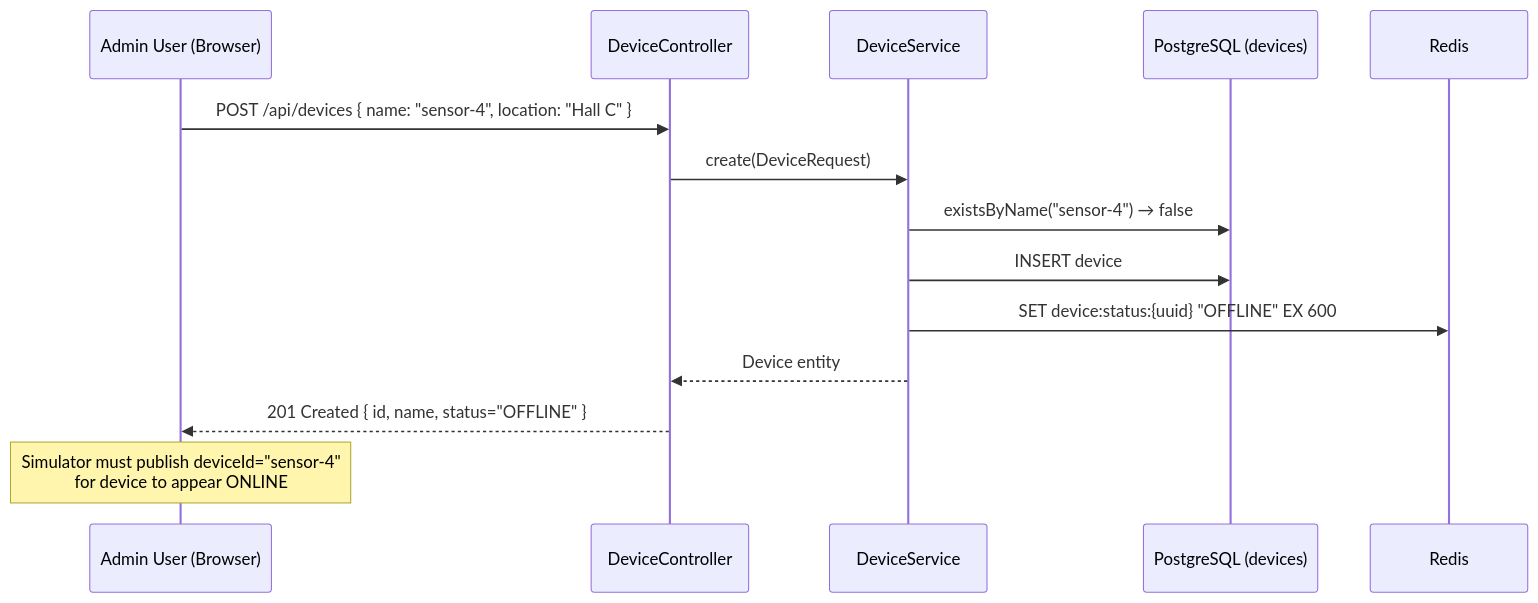
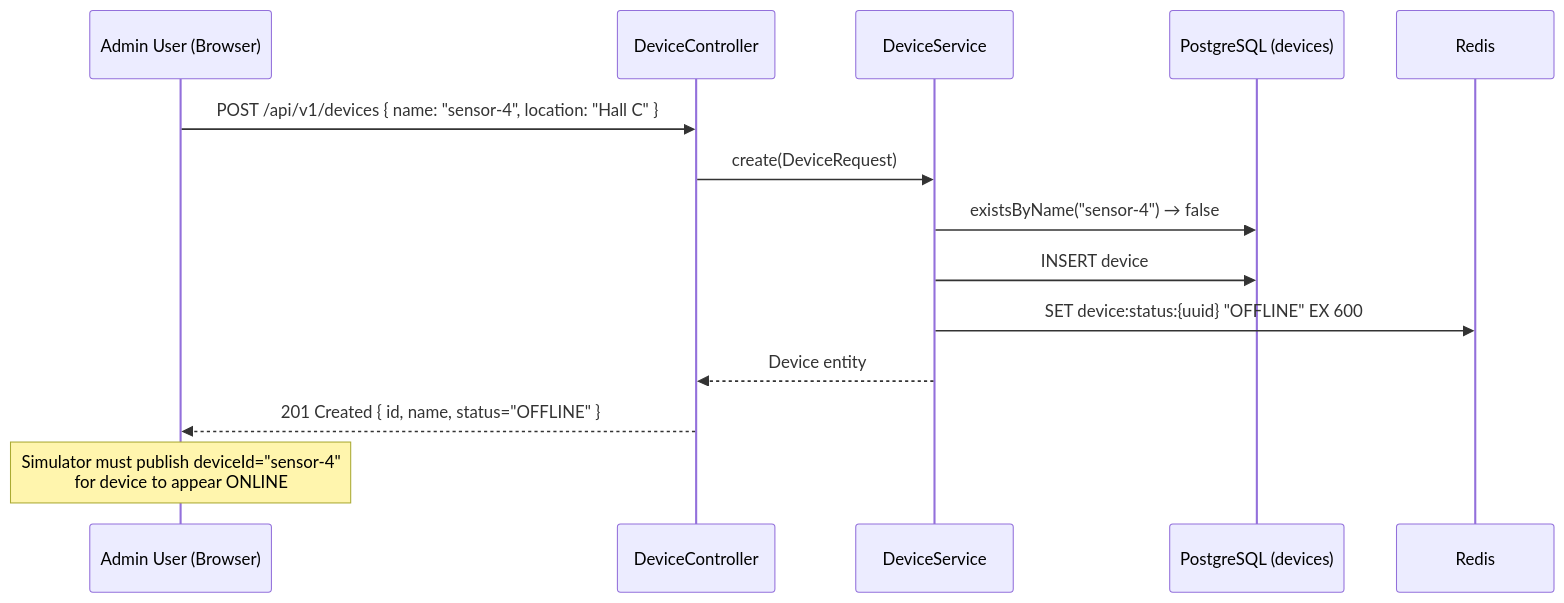
One commit to thitipongroo/sentinel-iot-platform changed the ninth of 9 diagrams in docs/sequence-diagrams.md. Above: the diagram before and after it, drawn with Mermaid. The commit also changed other lines of this file and 5 other files, not shown here.

````diff
--- a/docs/sequence-diagrams.md
+++ b/docs/sequence-diagrams.md
@@ -339,18 +338,18 @@
 ```mermaid
 sequenceDiagram
     participant ADMIN as Admin User (Browser)
     participant API as DeviceController
     participant SVC as DeviceService
     participant DB as PostgreSQL (devices)
     participant REDIS as Redis
 
-    ADMIN->>API: POST /api/devices { name: "sensor-4", location: "Hall C" }
+    ADMIN->>API: POST /api/v1/devices { name: "sensor-4", location: "Hall C" }
     API->>SVC: create(DeviceRequest)
     SVC->>DB: existsByName("sensor-4") → false
     SVC->>DB: INSERT device
     SVC->>REDIS: SET device:status:{uuid} "OFFLINE" EX 600
     SVC-->>API: Device entity
     API-->>ADMIN: 201 Created { id, name, status="OFFLINE" }
 
     Note over ADMIN: Simulator must publish deviceId="sensor-4"<br/>for device to appear ONLINE
 ```
````
